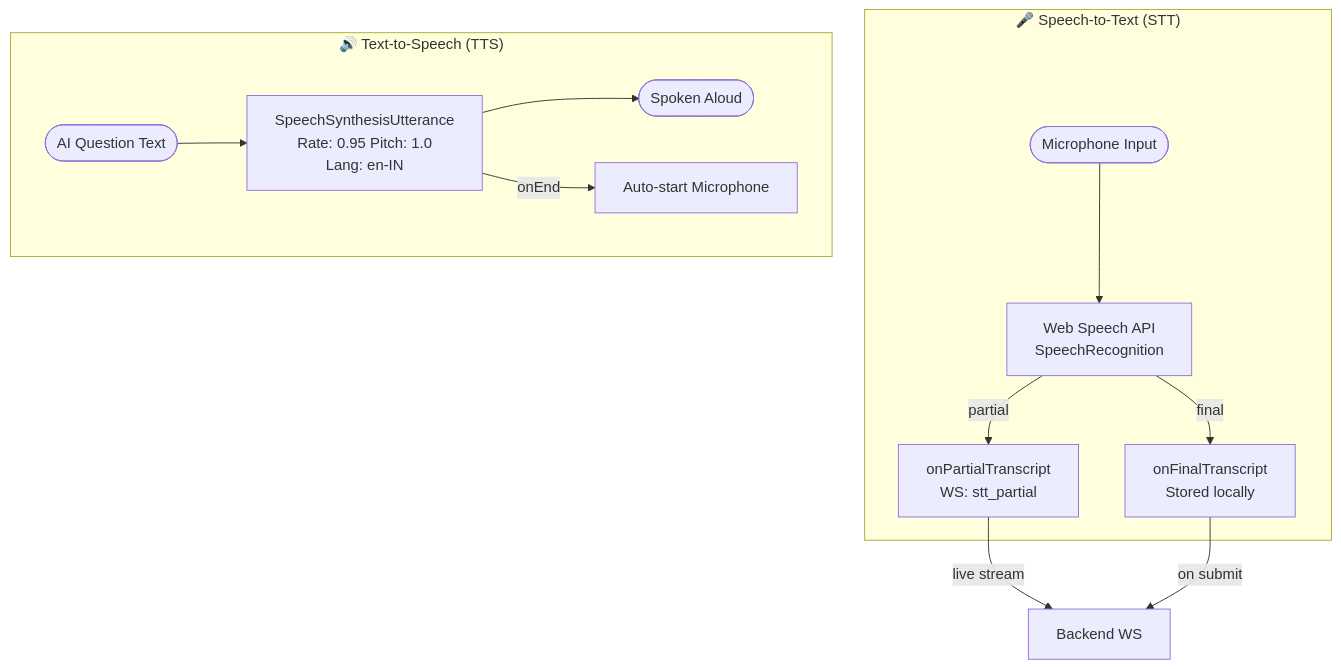
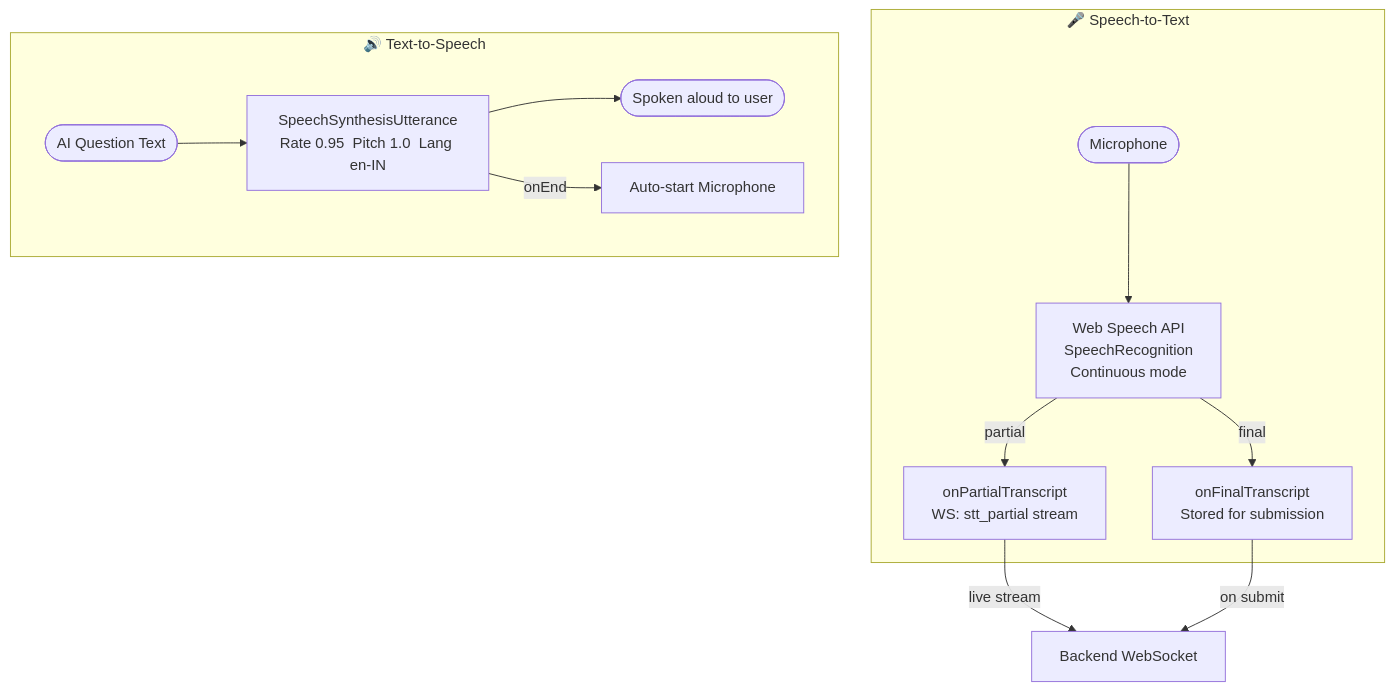
The seventh of 8 diagrams in README.md (Anu7276/VIVORA), drawn with Mermaid before and after one commit. The commit also changed other lines of this file, not shown here.

Commit message:
fix: escape special chars in Mermaid diagrams - fix curly brace parse errors

````diff
--- a/README.md
+++ b/README.md
@@ -613,17 +556,17 @@
 ```mermaid
 flowchart TD
-    subgraph STT["🎤 Speech-to-Text (STT)"]
-        MIC([Microphone Input]) --> WSR[Web Speech API\nSpeechRecognition]
-        WSR -->|partial| PT[onPartialTranscript\nWS: stt_partial]
-        WSR -->|final| FT[onFinalTranscript\nStored locally]
+    subgraph STT["🎤 Speech-to-Text"]
+        MIC(["Microphone"]) --> WSR["Web Speech API\nSpeechRecognition\nContinuous mode"]
+        WSR -->|"partial"| PT["onPartialTranscript\nWS: stt_partial stream"]
+        WSR -->|"final"| FT["onFinalTranscript\nStored for submission"]
     end
 
-    subgraph TTS["🔊 Text-to-Speech (TTS)"]
-        Q([AI Question Text]) --> SSU[SpeechSynthesisUtterance\nRate: 0.95 Pitch: 1.0\nLang: en-IN]
-        SSU --> AUD([Spoken Aloud])
-        SSU -->|onEnd| AUTO[Auto-start Microphone]
+    subgraph TTS["🔊 Text-to-Speech"]
+        Q(["AI Question Text"]) --> SSU["SpeechSynthesisUtterance\nRate 0.95  Pitch 1.0  Lang en-IN"]
+        SSU --> AUD(["Spoken aloud to user"])
+        SSU -->|"onEnd"| AUTO["Auto-start Microphone"]
     end
 
-    PT -->|live stream| BE[Backend WS]
-    FT -->|on submit| BE
+    PT -->|"live stream"| BE["Backend WebSocket"]
+    FT -->|"on submit"| BE
 ```
````
